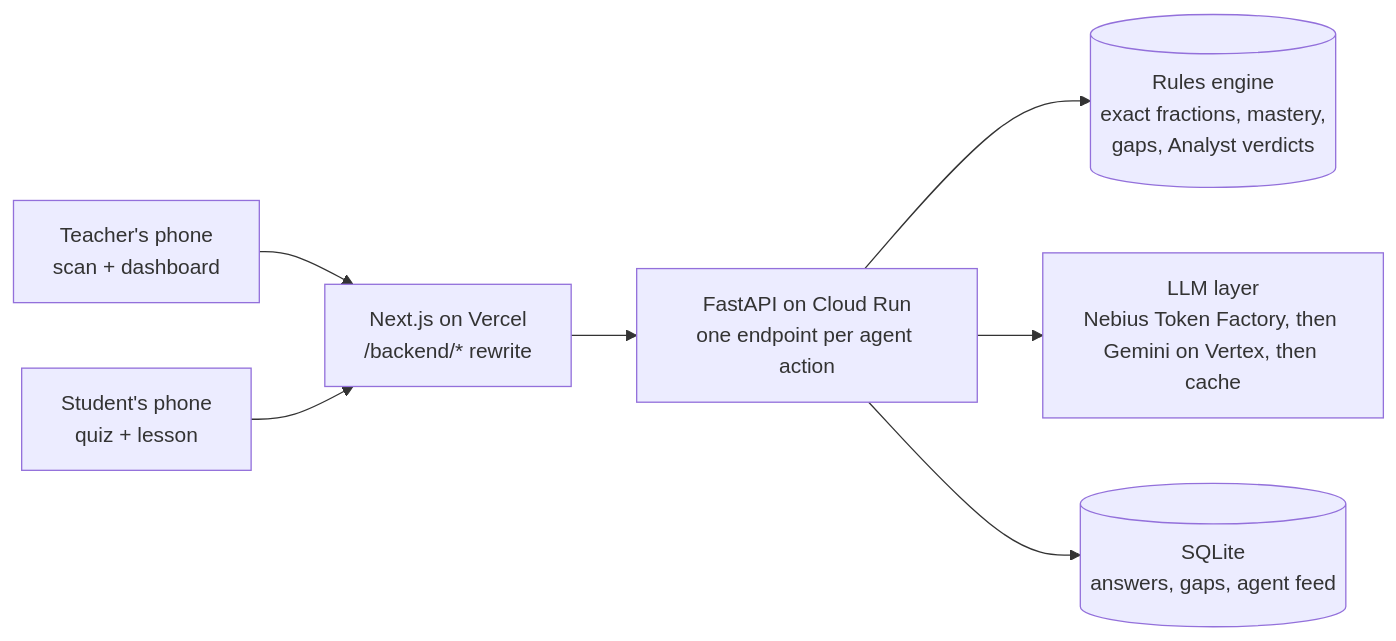
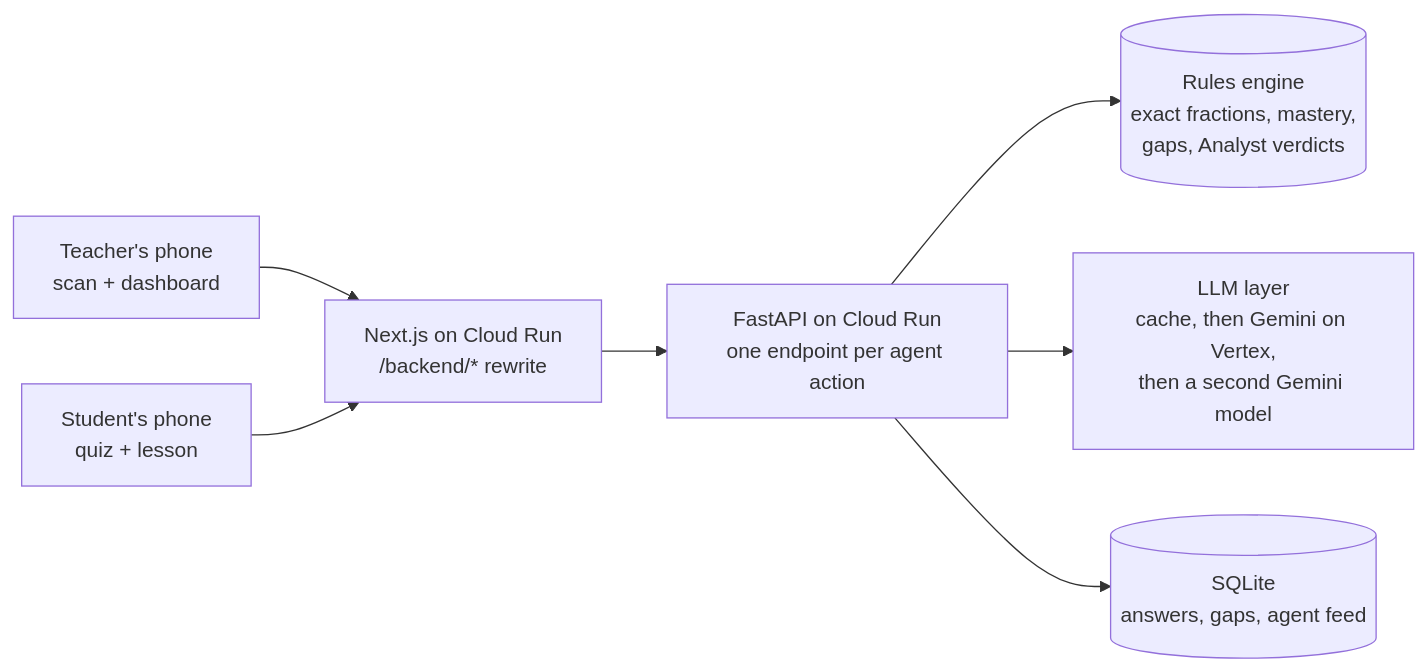
Before and after one commit to Argonyx-26/T28-Team-X: the diagram in README.md, drawn with Mermaid. The commit also changed other lines of this file and 12 other files, not shown here.

Commit message:
chore: remove the unused fixture layer and create-next-app leftovers; README, GEMINI.md and frontend README match the running app (Cloud Run, Gemini order, Raah wiring, no teacher login yet)

````diff
--- a/README.md
+++ b/README.md
@@ -34,9 +35,9 @@
 ```mermaid
 flowchart LR
-  T[Teacher's phone<br/>scan + dashboard] --> W[Next.js on Vercel<br/>/backend/* rewrite]
+  T[Teacher's phone<br/>scan + dashboard] --> W[Next.js on Cloud Run<br/>/backend/* rewrite]
   S[Student's phone<br/>quiz + lesson] --> W
   W --> API[FastAPI on Cloud Run<br/>one endpoint per agent action]
   API --> R[(Rules engine<br/>exact fractions, mastery,<br/>gaps, Analyst verdicts)]
-  API --> L[LLM layer<br/>Nebius Token Factory, then Gemini on Vertex, then cache]
+  API --> L[LLM layer<br/>cache, then Gemini on Vertex,<br/>then a second Gemini model]
   API --> D[(SQLite<br/>answers, gaps, agent feed)]
 ```
````
